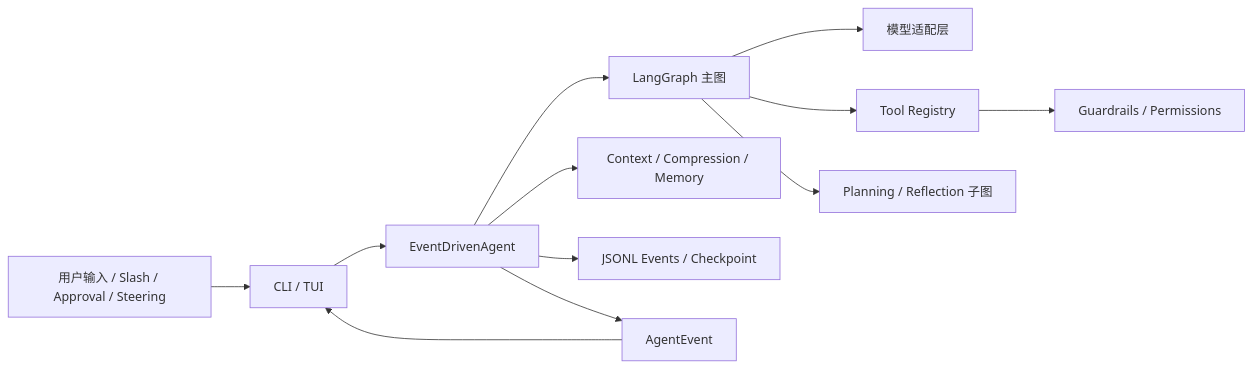
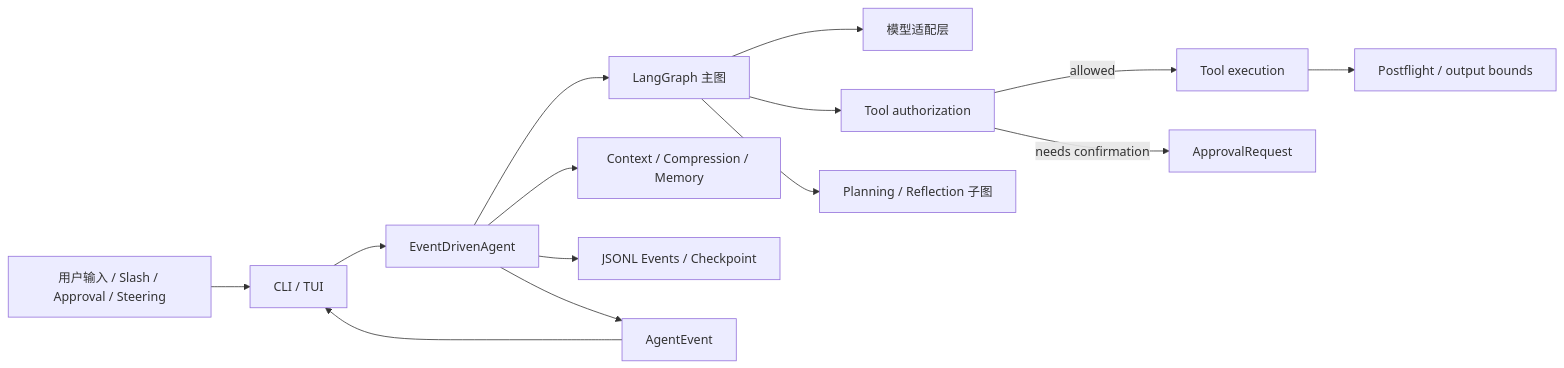
The diagram in assert/knowledge/README.md (universero/InnoAgent), drawn with Mermaid before and after one commit. The commit also changed other lines of this file and 13 other files, not shown here.

Commit message:
docs: align architecture and knowledge guides

````diff
--- a/assert/knowledge/README.md
+++ b/assert/knowledge/README.md
@@ -15,14 +15,16 @@
 ```mermaid
 flowchart LR
     User[用户输入 / Slash / Approval / Steering] --> View[CLI / TUI]
     View --> Runtime[EventDrivenAgent]
     Runtime --> Graph[LangGraph 主图]
     Graph --> Model[模型适配层]
-    Graph --> Tools[Tool Registry]
-    Tools --> Guards[Guardrails / Permissions]
+    Graph --> Auth[Tool authorization]
+    Auth -->|allowed| Tools[Tool execution]
+    Auth -->|needs confirmation| Approval[ApprovalRequest]
+    Tools --> Guards[Postflight / output bounds]
     Graph --> Stages[Planning / Reflection 子图]
     Runtime --> Context[Context / Compression / Memory]
     Runtime --> Session[JSONL Events / Checkpoint]
     Runtime --> EventBus[AgentEvent]
     EventBus --> View
 ```
````
